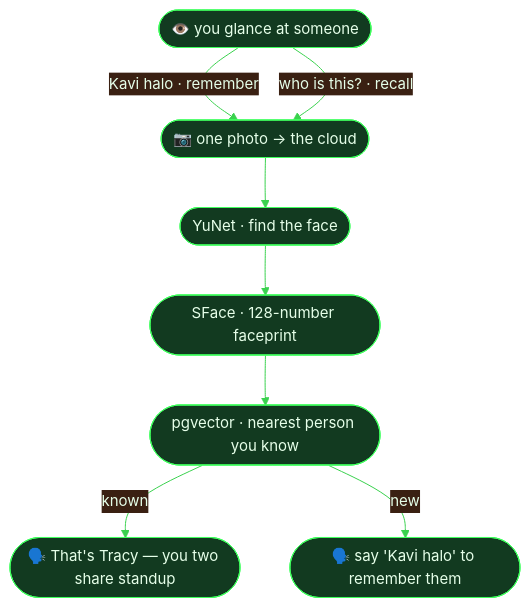
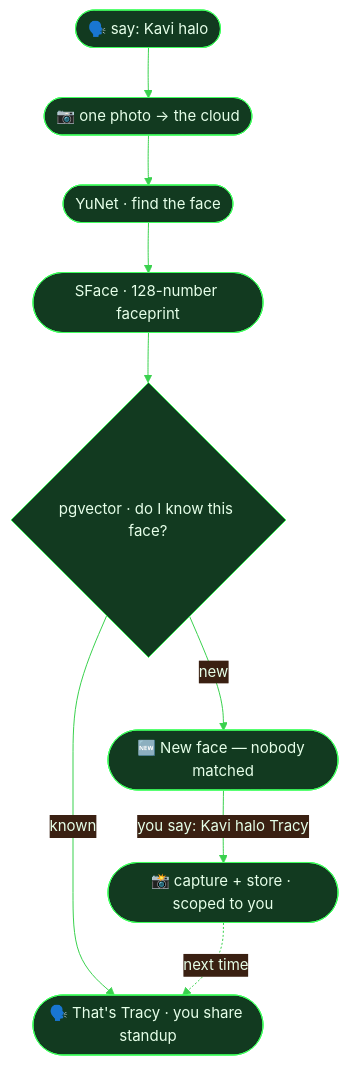
One commit to zrg-team/rokid-personal-assistant changed the first of 2 diagrams in README.md. Above: the diagram before and after it, drawn with Mermaid. The commit also changed other lines of this file and 2 other files, not shown here.

Commit message:
Face memory: unify on the "Kavi halo <name>" grammar
The face app now follows the same `Kavi <app> <action>` shape as every
connection. The greeting is the app word; the name is the action:

  Kavi halo          -> recall whoever is in front (identify)
  Kavi halo <name>   -> store the new face under <name> (remember)

Whatever follows the greeting is taken verbatim as the name -- no
fall-through. A bare greeting recalls, and the page still offers to
enrol on a miss. Vietnamese "Kavi chao <name>" / "xin chao" work the
same. Drops the interim "it's"/"la" naming patterns.

The backend keeps no photo of an unmatched stranger (BIPA/CUBI), so
naming a new face captures a fresh one -- documented in the flow.

- utils/planner.js : greeting = face app; "<greeting> <name>" -> remember
- pages/face/face.ink: strip a greeting lead-in from spoken names; hints
- README.md         : "Remembering people" + diagram rebuilt on Kavi halo <name>

````diff
--- a/README.md
+++ b/README.md
@@ -30,13 +35,12 @@
 ```mermaid
 %%{init:{'theme':'base','themeVariables':{'primaryColor':'#123a20','primaryBorderColor':'#40ff5e','primaryTextColor':'#e6ffe9','lineColor':'#3ad14e','fontSize':'15px'}}}%%
 flowchart TD
-    Look(["👁️ you glance at someone"])
-    Photo(["📷 one photo → the cloud"])
-    Look -- "Kavi halo · remember" --> Photo
-    Look -- "who is this? · recall" --> Photo
+    Say(["🗣️ say: Kavi halo"]) --> Photo(["📷 one photo → the cloud"])
     Photo --> Detect(["YuNet · find the face"])
     Detect --> Print(["SFace · 128-number faceprint"])
-    Print --> Match(["pgvector · nearest person you know"])
-    Match -- "known" --> Known(["🗣️ That's Tracy — you two share standup"])
-    Match -- "new" --> New(["🗣️ say 'Kavi halo' to remember them"])
+    Print --> Match{"pgvector · do I know this face?"}
+    Match -- "known" --> Recall(["🗣️ That's Tracy · you share standup"])
+    Match -- "new" --> Ask(["🆕 New face — nobody matched"])
+    Ask -- "you say: Kavi halo Tracy" --> Store(["📸 capture + store · scoped to you"])
+    Store -. "next time" .-> Recall
 ```
````
